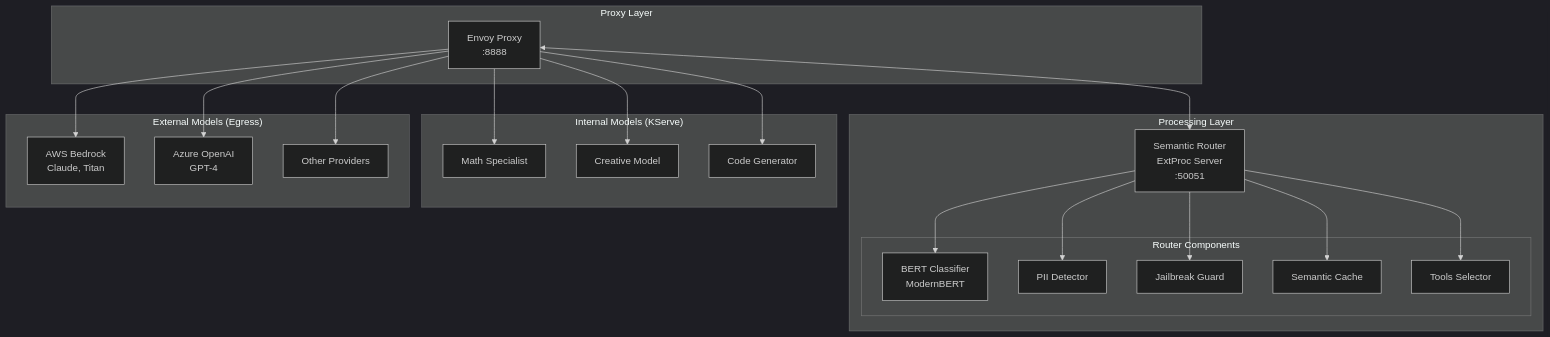
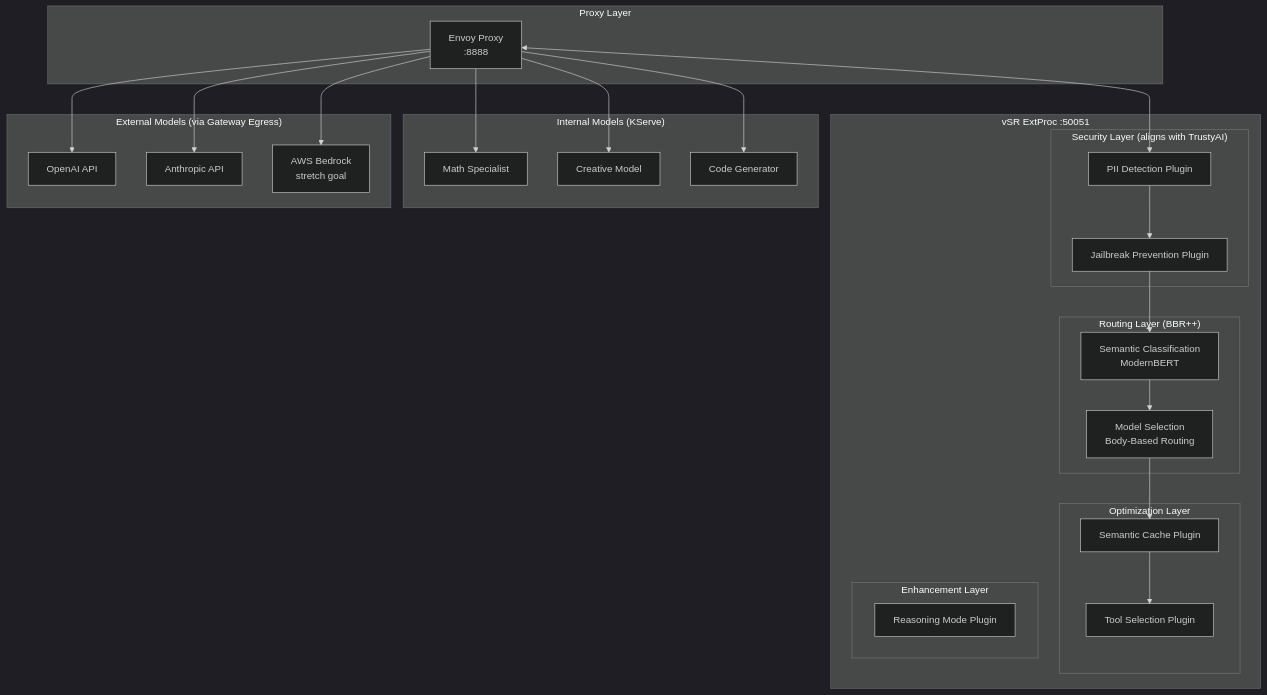
Before and after one commit to noyitz/maas-designs: the second of 11 diagrams in vsr-maas-integration/phase-1-design-v1.2.md, drawn with Mermaid (dark theme). The commit also changed other lines of this file, not shown here.

````diff
--- a/vsr-maas-integration/phase-1-design-v1.2.md
+++ b/vsr-maas-integration/phase-1-design-v1.2.md
@@ -95,44 +110,53 @@
 ```mermaid
 graph TB
     subgraph "Proxy Layer"
         Envoy[Envoy Proxy<br/>:8888]
     end
 
-    subgraph "Processing Layer"
-        ExtProc[Semantic Router<br/>ExtProc Server<br/>:50051]
+    subgraph "vSR ExtProc :50051"
+        subgraph "Security Layer (aligns with TrustyAI)"
+            PIIDetector[PII Detection Plugin]
+            JailbreakGuard[Jailbreak Prevention Plugin]
+        end
 
-        subgraph "Router Components"
-            Classifier[BERT Classifier<br/>ModernBERT]
-            PIIDetector[PII Detector]
-            JailbreakGuard[Jailbreak Guard]
-            Cache[Semantic Cache]
-            ToolsSelector[Tools Selector]
+        subgraph "Routing Layer (BBR++)"
+            Classifier[Semantic Classification<br/>ModernBERT]
+            ModelSelection[Model Selection<br/>Body-Based Routing]
+        end
+
+        subgraph "Optimization Layer"
+            Cache[Semantic Cache Plugin]
+            ToolsSelector[Tool Selection Plugin]
+        end
+
+        subgraph "Enhancement Layer"
+            ReasoningMode[Reasoning Mode Plugin]
         end
     end
 
     subgraph "Internal Models (KServe)"
         Model1[Math Specialist]
         Model2[Creative Model]
         Model3[Code Generator]
     end
 
-    subgraph "External Models (Egress)"
-        Bedrock[AWS Bedrock<br/>Claude, Titan]
-        AzureOAI[Azure OpenAI<br/>GPT-4]
-        ExtAPI[Other Providers]
+    subgraph "External Models (via Gateway Egress)"
+        OpenAIExt[OpenAI API]
+        AnthropicExt[Anthropic API]
+        BedrockExt[AWS Bedrock<br/>stretch goal]
     end
 
-    Envoy <--> ExtProc
-    ExtProc --> Classifier
-    ExtProc --> PIIDetector
-    ExtProc --> JailbreakGuard
-    ExtProc --> Cache
-    ExtProc --> ToolsSelector
+    Envoy <--> PIIDetector
+    PIIDetector --> JailbreakGuard
+    JailbreakGuard --> Classifier
+    Classifier --> ModelSelection
+    ModelSelection --> Cache
+    Cache --> ToolsSelector
 
     Envoy --> Model1
     Envoy --> Model2
     Envoy --> Model3
-    Envoy --> Bedrock
-    Envoy --> AzureOAI
-    Envoy --> ExtAPI
+    Envoy --> OpenAIExt
+    Envoy --> AnthropicExt
+    Envoy --> BedrockExt
 ```
````
